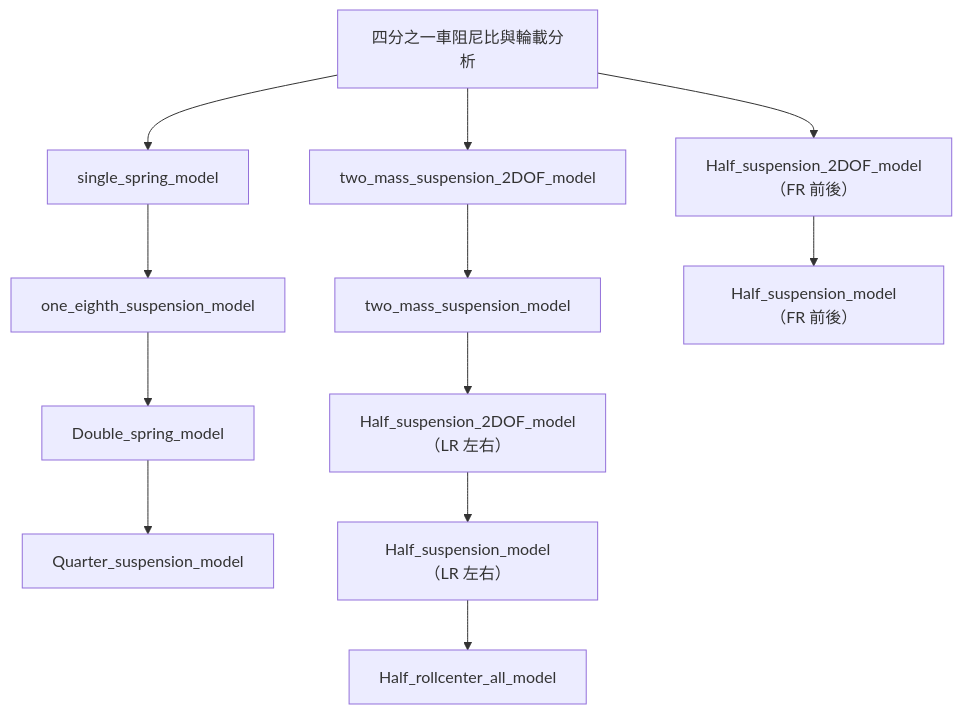
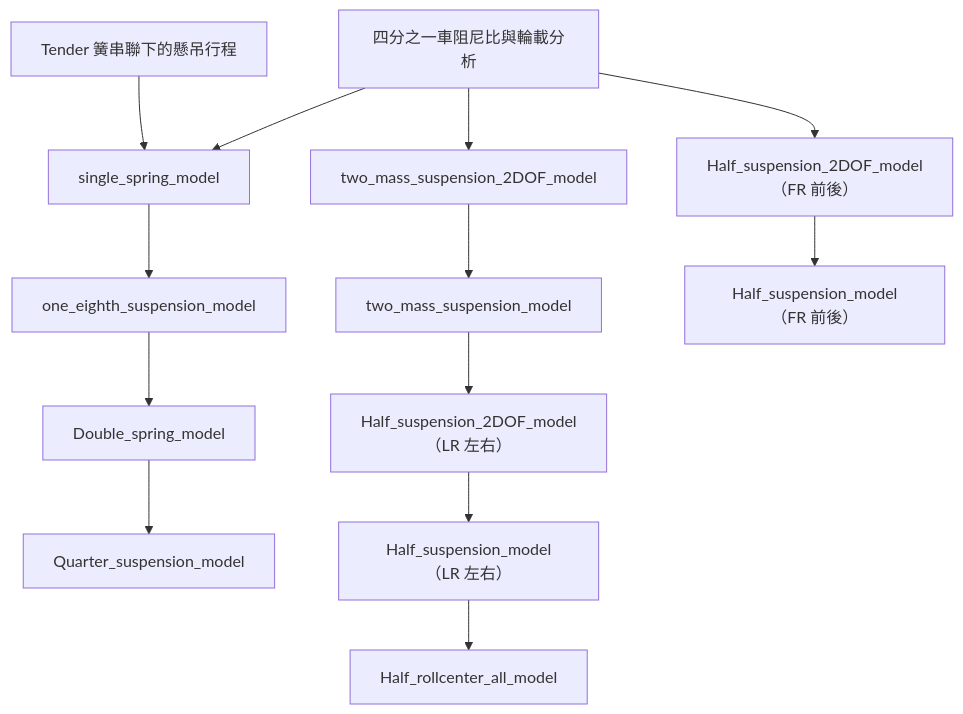
One commit to DannyHsuC10/Parametric-design changed the diagram in analysis/suspension_models/README.md. Above: the diagram before and after it, drawn with Mermaid. The commit also changed other lines of this file and 40 other files, not shown here.

````diff
--- a/analysis/suspension_models/README.md
+++ b/analysis/suspension_models/README.md
@@ -9,15 +11,16 @@
 ```mermaid
 graph TD
     source[四分之一車阻尼比與輪載分析]
     source --> single[single_spring_model]
+    tender[Tender 簧串聯下的懸吊行程] --> single
     single --> eighth[one_eighth_suspension_model]
     eighth --> double[Double_spring_model]
     double --> quarter[Quarter_suspension_model]
     source --> mass2[two_mass_suspension_2DOF_model]
     mass2 --> mass[two_mass_suspension_model]
     mass --> lr2[Half_suspension_2DOF_model（LR 左右）]
     lr2 --> lr[Half_suspension_model（LR 左右）]
     lr --> frame[Half_rollcenter_all_model]
     source --> fr2[Half_suspension_2DOF_model（FR 前後）]
     fr2 --> fr[Half_suspension_model（FR 前後）]
 ```
````
